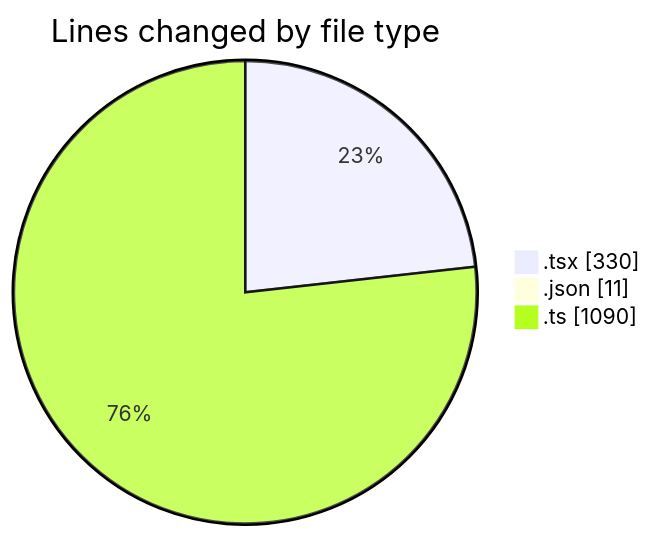
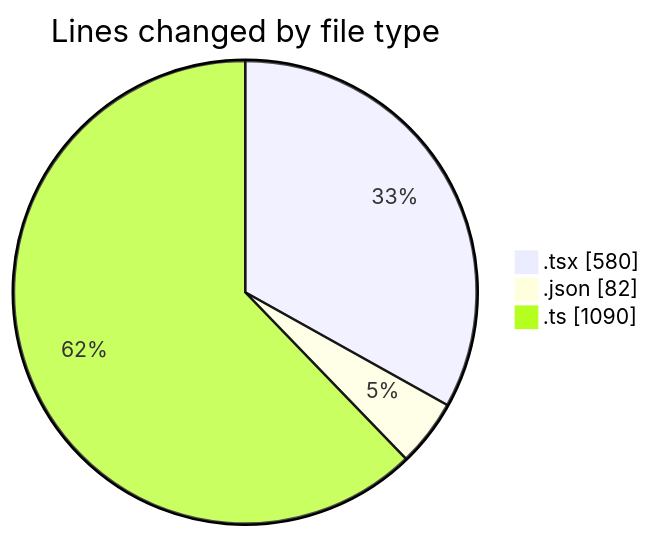
Before and after one commit to momahboobian/code-tracking: the first of 2 diagrams in 2025-05-12/cda/README.md, drawn with Mermaid. The commit also changed other lines of this file and 1 other file, not shown here.

````diff
--- a/2025-05-12/cda/README.md
+++ b/2025-05-12/cda/README.md
@@ -31,7 +31,7 @@
 ```mermaid
 pie showData
 title Lines changed by file type
-".tsx" : 330
-".json" : 11
+".tsx" : 580
+".json" : 82
 ".ts" : 1090
 ```
````
